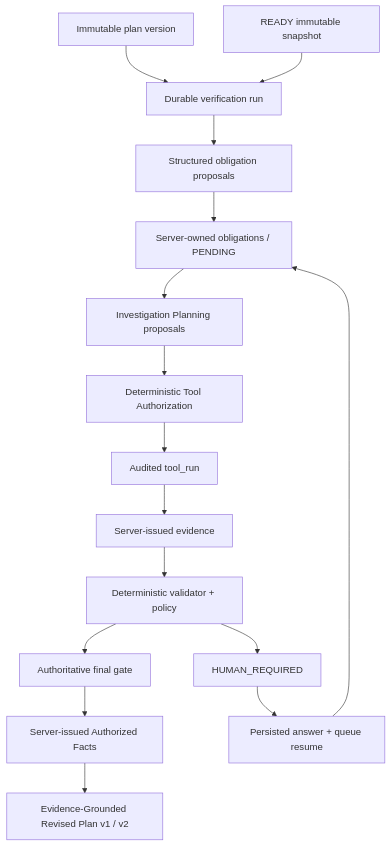
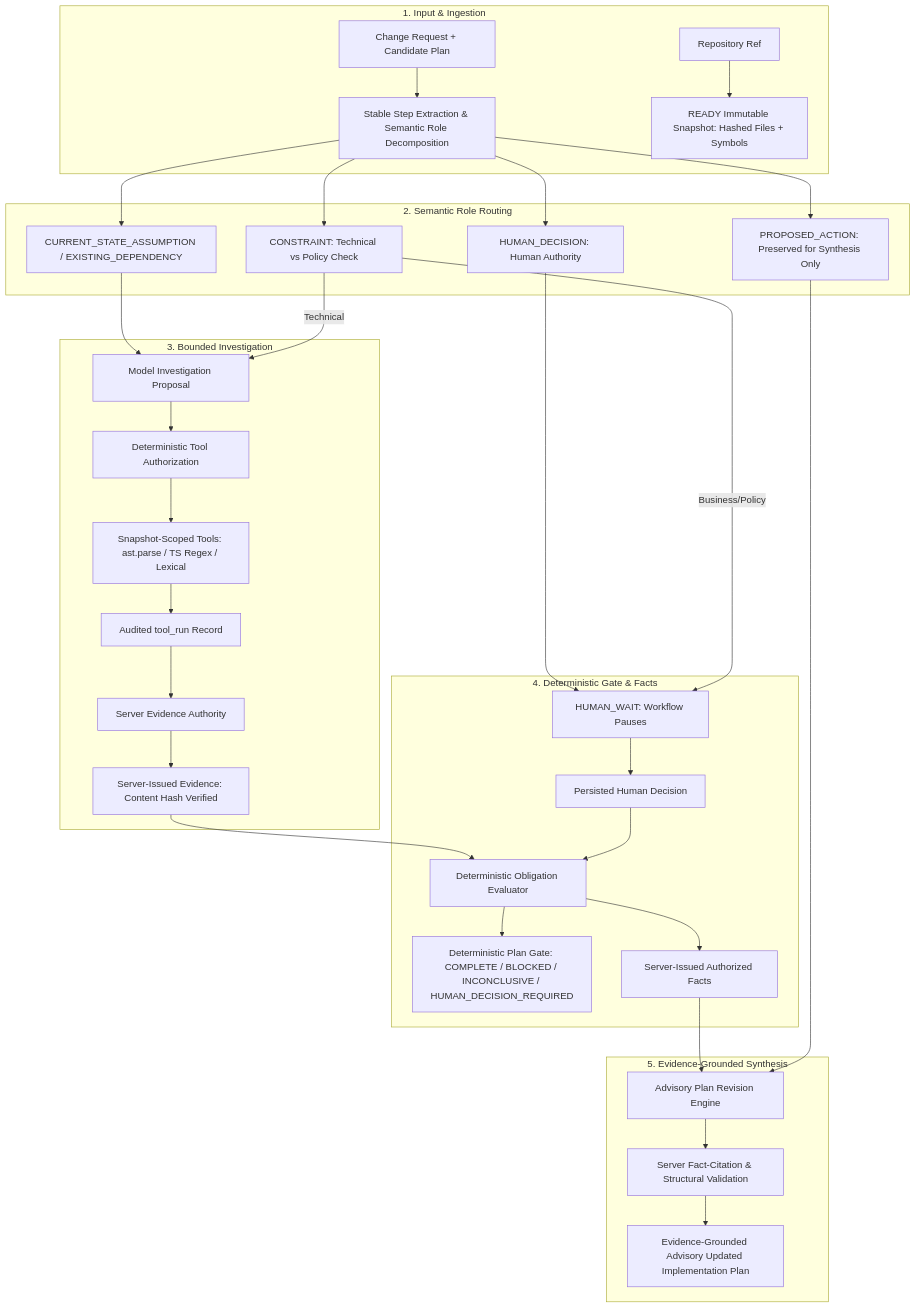
The diagram in docs/ARCHITECTURE.md (NikhilRaikwar/PlanProof), drawn with Mermaid before and after one commit. The commit also changed other lines of this file and 1 other file, not shown here.

Commit message:
docs: align PlanProof with evidence-grounded planning workflow

````diff
--- a/docs/ARCHITECTURE.md
+++ b/docs/ARCHITECTURE.md
@@ -5,18 +7,41 @@
 ```mermaid
 flowchart TD
-  Plan[Immutable plan version] --> Run[Durable verification run]
-  Snapshot[READY immutable snapshot] --> Run
-  Run --> Extract[Structured obligation proposals]
-  Extract --> Policy[Server-owned obligations / PENDING]
-  Policy --> Investigate[Investigation Planning proposals]
-  Investigate --> AuthTool[Deterministic Tool Authorization]
-  AuthTool --> ToolRun[Audited tool_run]
-  ToolRun --> Evidence[Server-issued evidence]
-  Evidence --> Validator[Deterministic validator + policy]
-  Validator --> Gate[Authoritative final gate]
-  Gate --> Facts[Server-issued Authorized Facts]
-  Facts --> RevisedPlan[Evidence-Grounded Revised Plan v1 / v2]
-  Validator --> Human[HUMAN_REQUIRED]
-  Human --> Resume[Persisted answer + queue resume]
-  Resume --> Policy
+  subgraph Input["1. Input & Ingestion"]
+    CR[Change Request + Candidate Plan] --> Decomp[Stable Step Extraction & Semantic Role Decomposition]
+    Repo[Repository Ref] --> Snapshot[READY Immutable Snapshot: Hashed Files + Symbols]
+  end
+
+  subgraph Roles["2. Semantic Role Routing"]
+    Decomp --> RoleCurrent[CURRENT_STATE_ASSUMPTION / EXISTING_DEPENDENCY]
+    Decomp --> RoleAction[PROPOSED_ACTION: Preserved for Synthesis Only]
+    Decomp --> RoleConstraint[CONSTRAINT: Technical vs Policy Check]
+    Decomp --> RoleHuman[HUMAN_DECISION: Human Authority]
+  end
+
+  subgraph Investigation["3. Bounded Investigation"]
+    RoleCurrent --> InvProp[Model Investigation Proposal]
+    RoleConstraint -->|Technical| InvProp
+    InvProp --> AuthTool[Deterministic Tool Authorization]
+    AuthTool --> SnapshotTools[Snapshot-Scoped Tools: ast.parse / TS Regex / Lexical]
+    SnapshotTools --> ToolRun[Audited tool_run Record]
+    ToolRun --> EvidenceIssuer[Server Evidence Authority]
+    EvidenceIssuer --> Evidence[Server-Issued Evidence: Content Hash Verified]
+  end
+
+  subgraph Authority["4. Deterministic Gate & Facts"]
+    Evidence --> Policy[Deterministic Obligation Evaluator]
+    RoleHuman --> HumanWait[HUMAN_WAIT: Workflow Pauses]
+    RoleConstraint -->|Business/Policy| HumanWait
+    HumanWait --> HumanResume[Persisted Human Decision]
+    HumanResume --> Policy
+    Policy --> Gate[Deterministic Plan Gate: COMPLETE / BLOCKED / INCONCLUSIVE / HUMAN_DECISION_REQUIRED]
+    Policy --> Facts[Server-Issued Authorized Facts]
+  end
+
+  subgraph Synthesis["5. Evidence-Grounded Synthesis"]
+    Facts --> PlanSynth[Advisory Plan Revision Engine]
+    RoleAction --> PlanSynth
+    PlanSynth --> ValidateInvariants[Server Fact-Citation & Structural Validation]
+    ValidateInvariants --> AdvisoryPlan[Evidence-Grounded Advisory Updated Implementation Plan]
+  end
 ```
````
